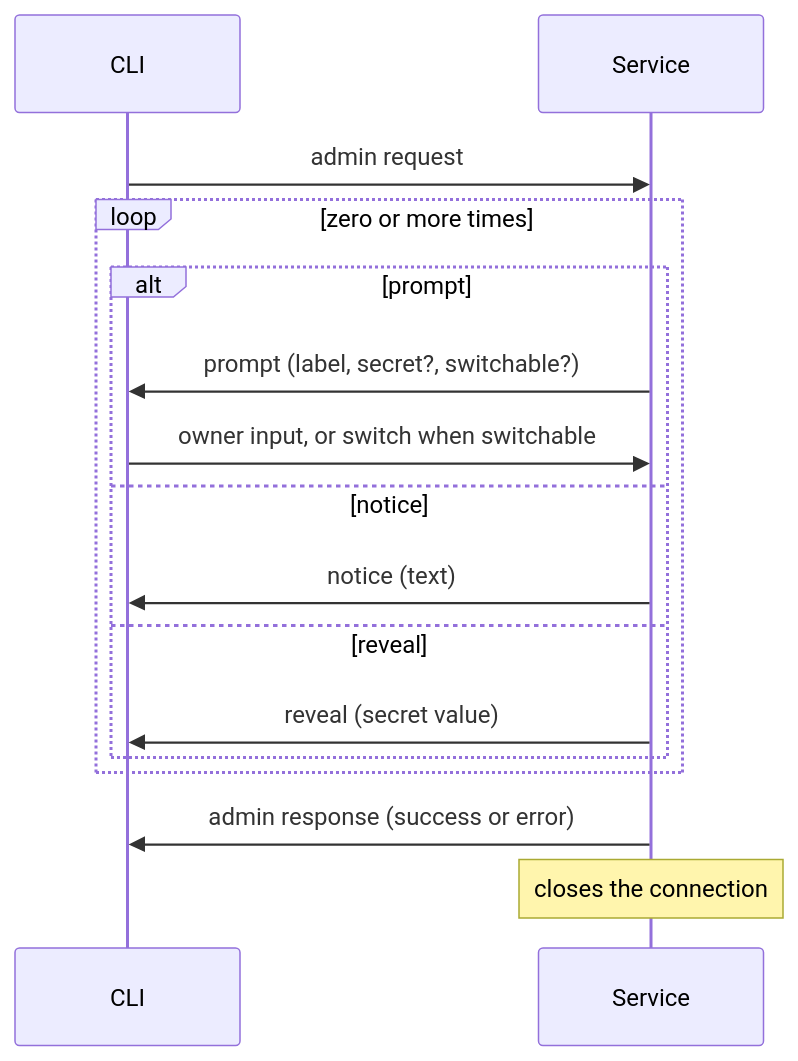
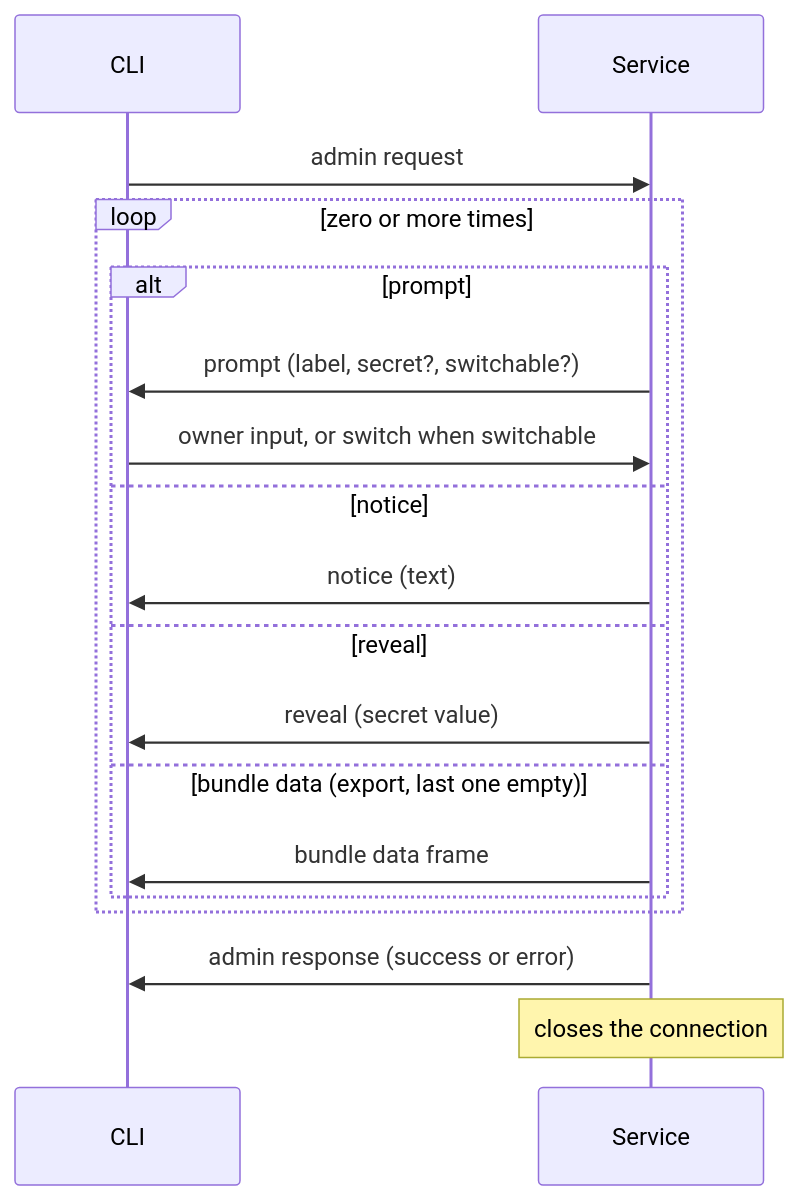
One commit to CjS77/iron-vault changed the diagram in design/admin-protocol.md. Above: the diagram before and after it, drawn with Mermaid. The commit also changed other lines of this file and 3 other files, not shown here.

First line of the commit message:
docs(design): bundle data frame, export and import in the admin protocol

````diff
--- a/design/admin-protocol.md
+++ b/design/admin-protocol.md
@@ -32,18 +35,20 @@
 ```mermaid
 sequenceDiagram
     participant CLI
     participant Service
     CLI->>Service: admin request
     loop zero or more times
         alt prompt
             Service->>CLI: prompt (label, secret?, switchable?)
             CLI->>Service: owner input, or switch when switchable
         else notice
             Service->>CLI: notice (text)
         else reveal
             Service->>CLI: reveal (secret value)
+        else bundle data (export, last one empty)
+            Service->>CLI: bundle data frame
         end
     end
     Service->>CLI: admin response (success or error)
     Note over Service: closes the connection
 ```
````
